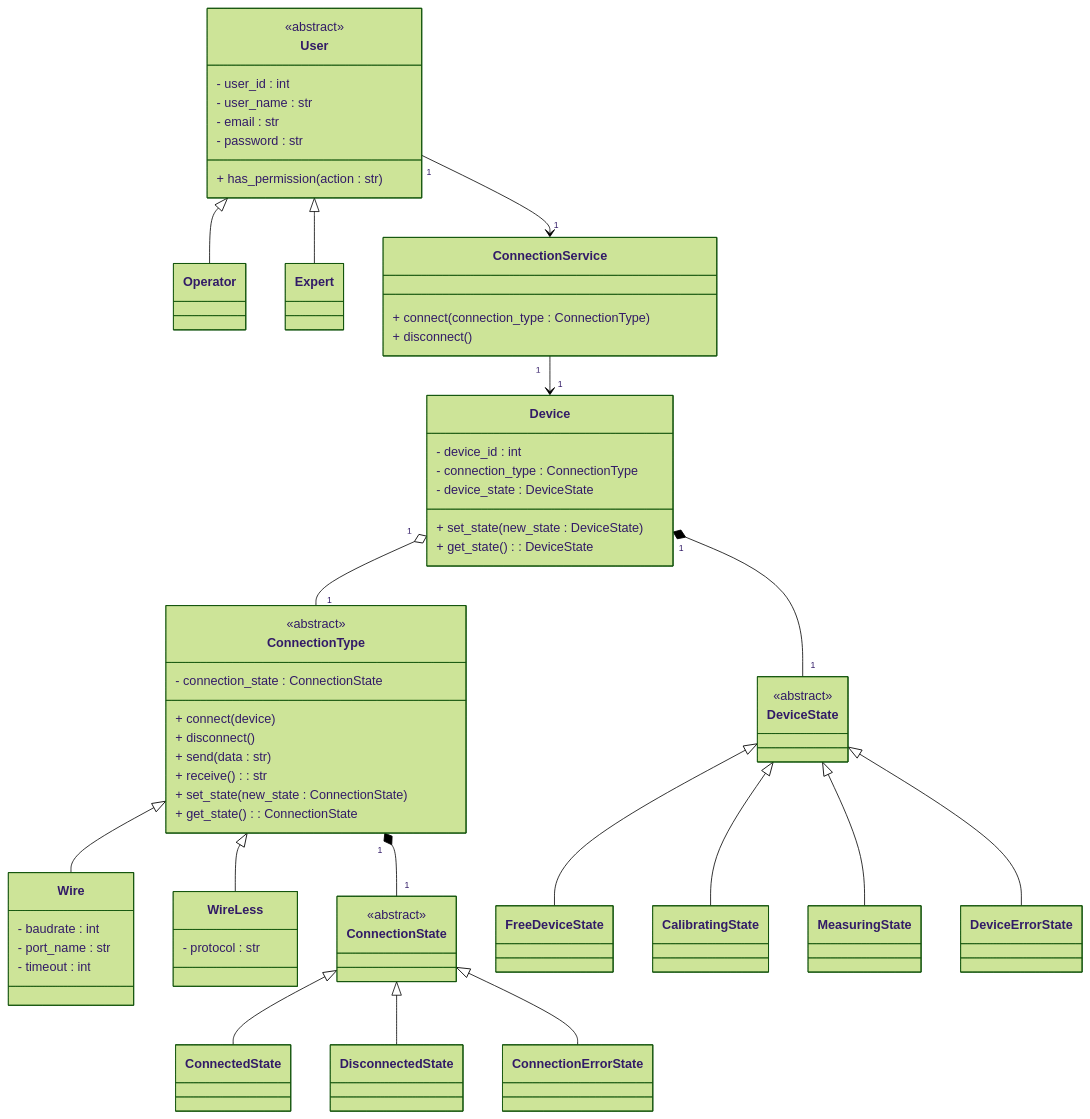
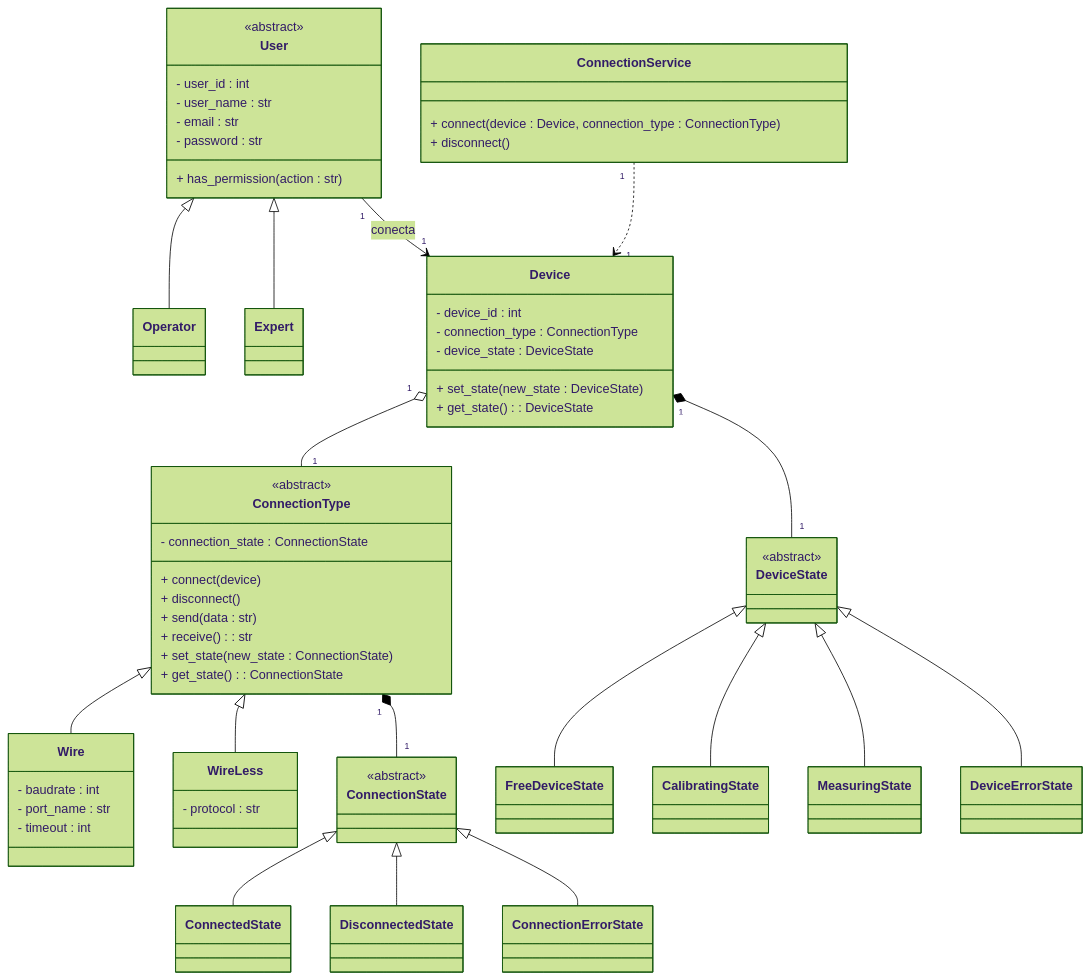
Before and after one commit to alegrelias/Repo-GMini: the second of 6 diagrams in Gmini-MarkDown/Clases Conceptuales.md, drawn with Mermaid (forest theme). The commit also changed other lines of this file, not shown here.

Commit message:
Se define diagrama de clases para subsistema 3 y 5

````diff
--- a/Gmini-MarkDown/Clases Conceptuales.md
+++ b/Gmini-MarkDown/Clases Conceptuales.md
@@ -298,7 +298,7 @@
 }
 
 class ConnectionService{
-	+ connect(connection_type : ConnectionType)
+	+ connect(device : Device, connection_type : ConnectionType)
 	+ disconnect()
 }
 
@@ -319,12 +319,12 @@
 
 %% relaciones
 
-User "1"-->"1" ConnectionService
+User "1"-->"1" Device : conecta
 
 Device "1" o-- "1" ConnectionType
 Device "1" *-- "1" DeviceState
 
-ConnectionService "1" --> "1" Device
+ConnectionService "1" ..> "1" Device
 
 ConnectionType "1" *-- "1" ConnectionState
 ```
````
